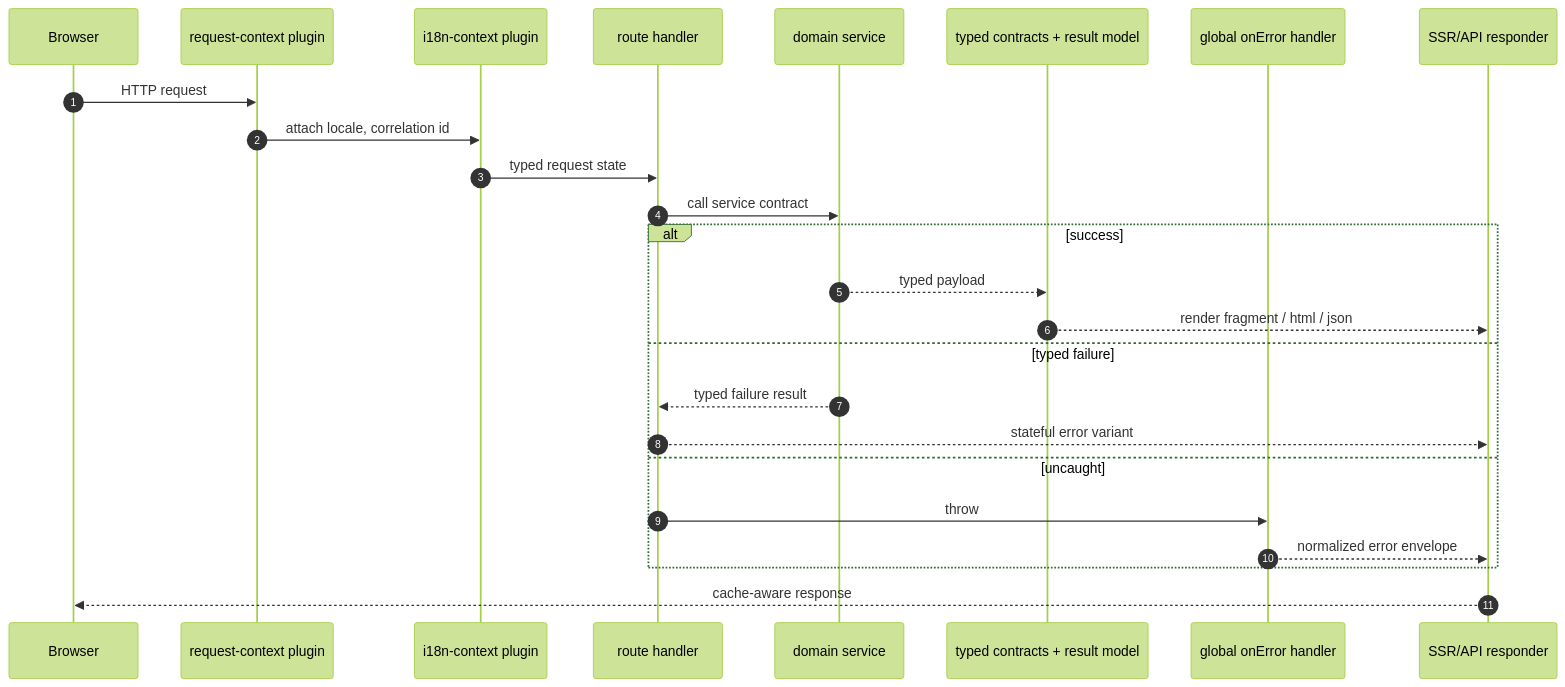
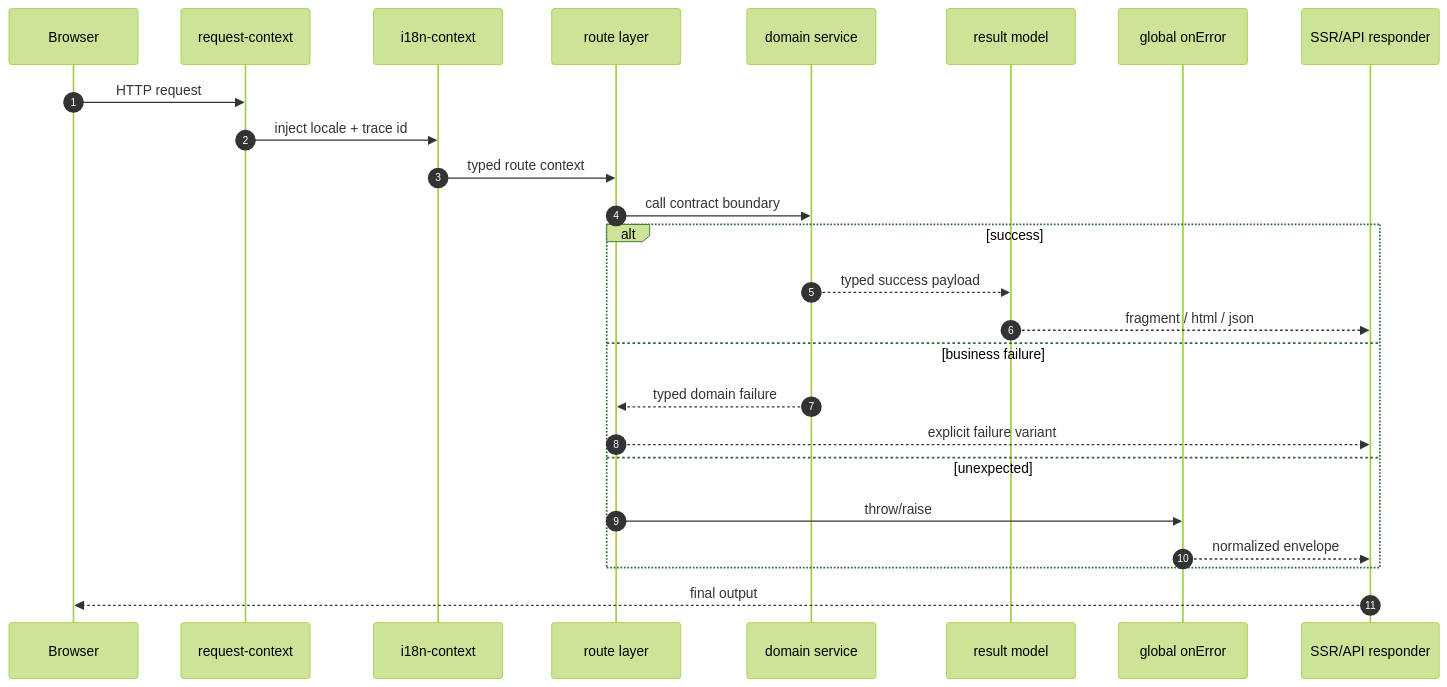
The second of 10 diagrams in README.md (d4551/tea), drawn with Mermaid (forest theme) before and after one commit. The commit also changed other lines of this file and 2 other files, not shown here.

````diff
--- a/README.md
+++ b/README.md
@@ -106,28 +118,28 @@
 ```mermaid
 sequenceDiagram
   autonumber
   participant Browser
-  participant Ctx as request-context plugin
-  participant I18n as i18n-context plugin
-  participant Route as route handler
-  participant Domain as domain service
-  participant Env as typed contracts + result model
-  participant Error as global onError handler
-  participant Response as SSR/API responder
+  participant Ctx as request-context
+  participant I18n as i18n-context
+  participant Route as route layer
+  participant Service as domain service
+  participant Result as result model
+  participant Error as global onError
+  participant Resp as SSR/API responder
 
   Browser->>Ctx: HTTP request
-  Ctx->>I18n: attach locale, correlation id
-  I18n->>Route: typed request state
-  Route->>Domain: call service contract
+  Ctx->>I18n: inject locale + trace id
+  I18n->>Route: typed route context
+  Route->>Service: call contract boundary
   alt success
-    Domain-->>Env: typed payload
-    Env-->>Response: render fragment / html / json
-  else typed failure
-    Domain-->>Route: typed failure result
-    Route-->>Response: stateful error variant
-  else uncaught
-    Route->>Error: throw
-    Error-->>Response: normalized error envelope
+    Service-->>Result: typed success payload
+    Result-->>Resp: fragment / html / json
+  else business failure
+    Service-->>Route: typed domain failure
+    Route-->>Resp: explicit failure variant
+  else unexpected
+    Route->>Error: throw/raise
+    Error-->>Resp: normalized envelope
   end
-  Response-->>Browser: cache-aware response
+  Resp-->>Browser: final output
 ```
````
